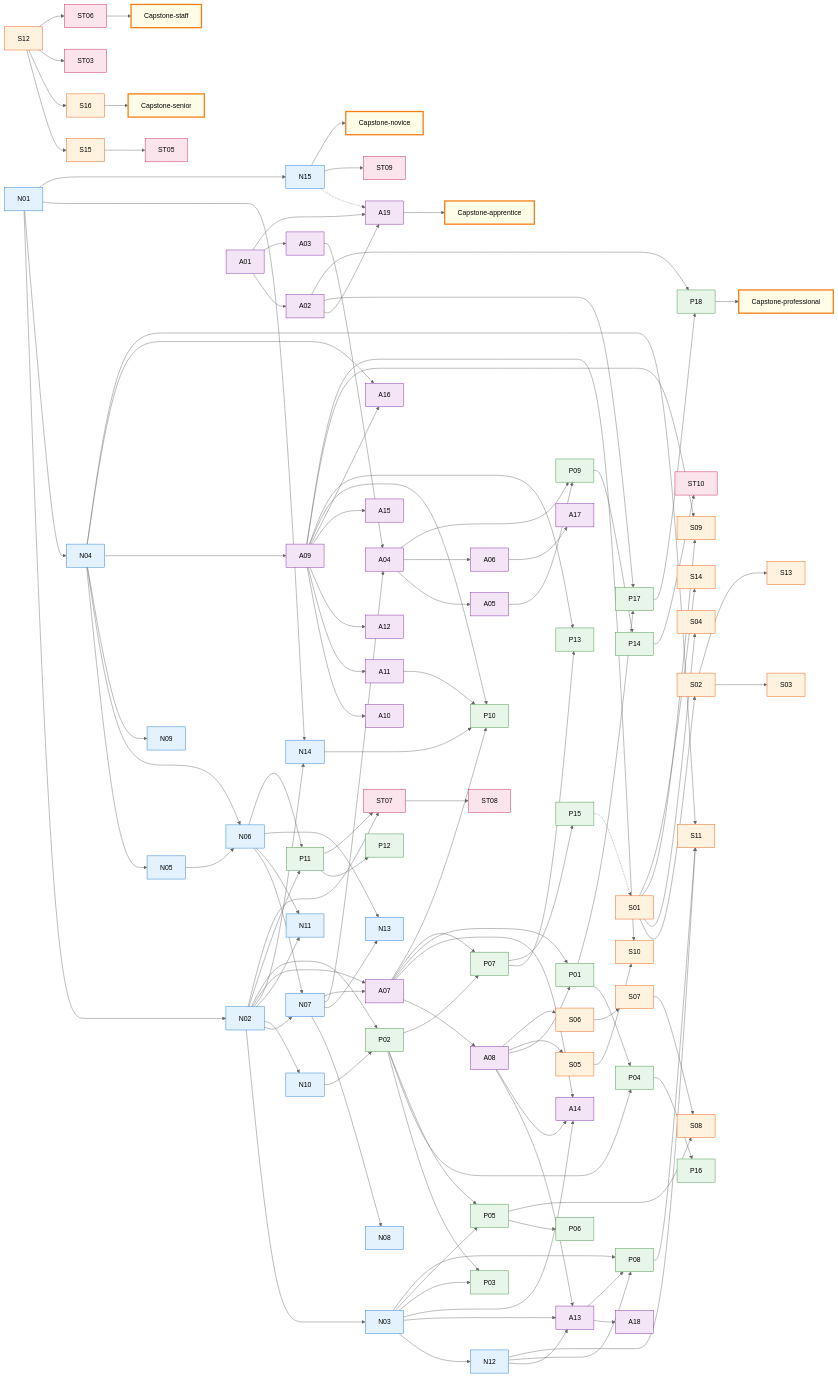
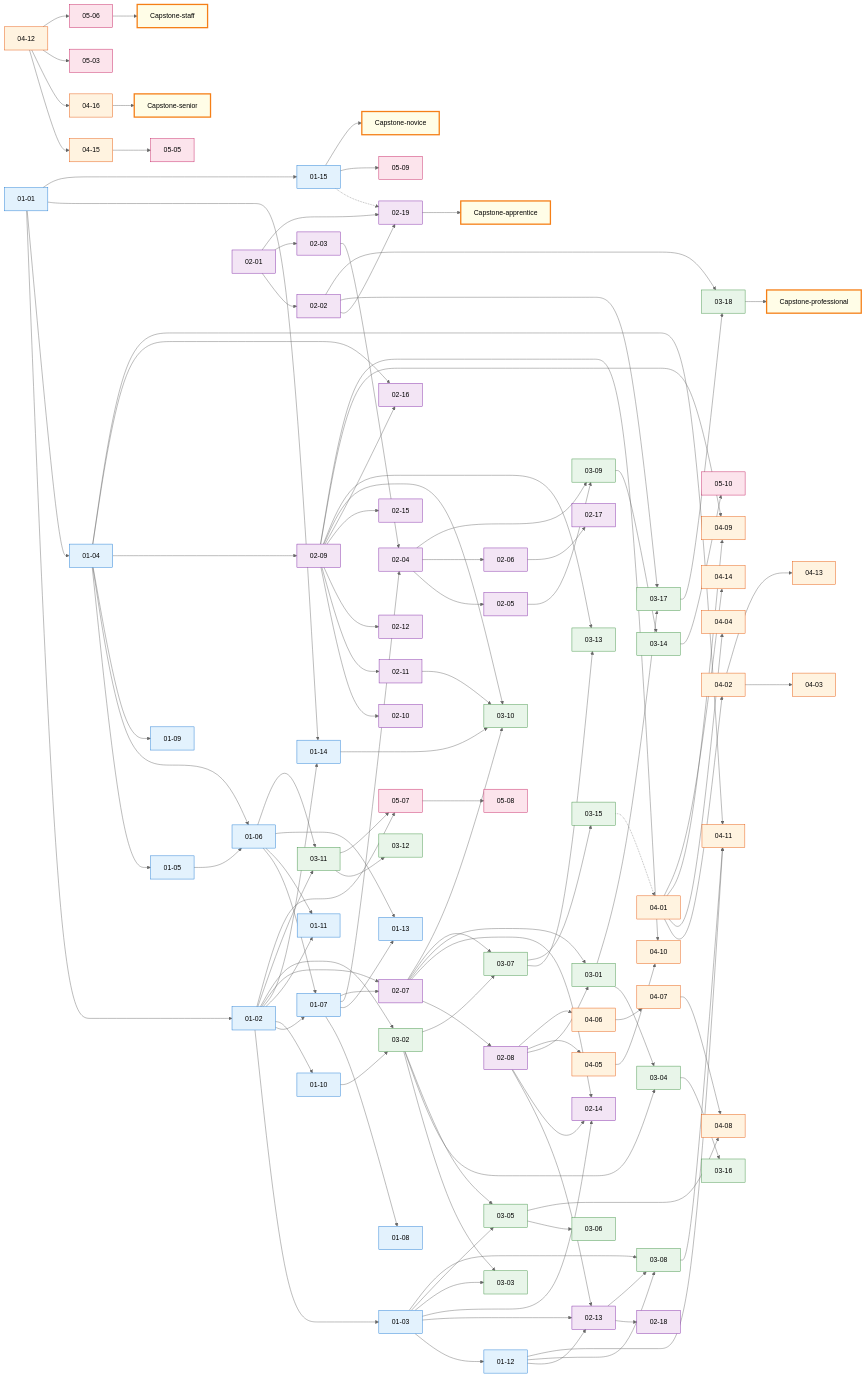
One commit to NicolasDeNigris91/Public_FATHOM changed the diagram in framework/00-meta/INDEX.md. Above: the diagram before and after it, drawn with Mermaid (neutral theme). The commit also changed other lines of this file and 210 other files, not shown here.

````diff
--- a/framework/00-meta/INDEX.md
+++ b/framework/00-meta/INDEX.md
@@ -147,128 +147,128 @@
   classDef staff fill:#fce4ec,stroke:#c2185b,color:#000
   classDef capstone fill:#fffde7,stroke:#f57f17,stroke-width:3px,color:#000
 
-  %% Novice
-  N01:::novice --> N02:::novice
-  N02 --> N03:::novice
-  N01 --> N04:::novice
-  N04 --> N05:::novice
-  N04 --> N06:::novice
-  N05 --> N06
-  N02 --> N07:::novice
-  N06 --> N07
-  N07 --> N08:::novice
-  N04 --> N09:::novice
-  N02 --> N10:::novice
-  N02 --> N11:::novice
-  N06 --> N11
-  N03 --> N12:::novice
-  N06 --> N13:::novice
-  N07 --> N13
-  N01 --> N14:::novice
-  N02 --> N14
-  N01 --> N15:::novice
+  %% Fundamentos
+  01-01:::novice --> 01-02:::novice
+  01-02 --> 01-03:::novice
+  01-01 --> 01-04:::novice
+  01-04 --> 01-05:::novice
+  01-04 --> 01-06:::novice
+  01-05 --> 01-06
+  01-02 --> 01-07:::novice
+  01-06 --> 01-07
+  01-07 --> 01-08:::novice
+  01-04 --> 01-09:::novice
+  01-02 --> 01-10:::novice
+  01-02 --> 01-11:::novice
+  01-06 --> 01-11
+  01-03 --> 01-12:::novice
+  01-06 --> 01-13:::novice
+  01-07 --> 01-13
+  01-01 --> 01-14:::novice
+  01-02 --> 01-14
+  01-01 --> 01-15:::novice
 
-  %% Apprentice (cross-stage from Novice)
-  N15 -.-> A19:::apprentice
-  A01:::apprentice --> A02:::apprentice
-  A01 --> A03:::apprentice
-  A03 --> A04:::apprentice
-  N07 --> A04
-  A04 --> A05:::apprentice
-  A04 --> A06:::apprentice
-  N02 --> A07:::apprentice
-  N07 --> A07
-  A07 --> A08:::apprentice
-  N04 --> A09:::apprentice
-  A09 --> A10:::apprentice
-  A09 --> A11:::apprentice
-  A09 --> A12:::apprentice
-  A08 --> A13:::apprentice
-  N03 --> A13
-  N12 --> A13
-  A07 --> A14:::apprentice
-  A08 --> A14
-  N03 --> A14
-  A09 --> A15:::apprentice
-  N04 --> A16:::apprentice
-  A09 --> A16
-  A06 --> A17:::apprentice
-  A13 --> A18:::apprentice
-  A01 --> A19
-  A02 --> A19
+  %% Plataforma (cross-stage from Fundamentos)
+  01-15 -.-> 02-19:::apprentice
+  02-01:::apprentice --> 02-02:::apprentice
+  02-01 --> 02-03:::apprentice
+  02-03 --> 02-04:::apprentice
+  01-07 --> 02-04
+  02-04 --> 02-05:::apprentice
+  02-04 --> 02-06:::apprentice
+  01-02 --> 02-07:::apprentice
+  01-07 --> 02-07
+  02-07 --> 02-08:::apprentice
+  01-04 --> 02-09:::apprentice
+  02-09 --> 02-10:::apprentice
+  02-09 --> 02-11:::apprentice
+  02-09 --> 02-12:::apprentice
+  02-08 --> 02-13:::apprentice
+  01-03 --> 02-13
+  01-12 --> 02-13
+  02-07 --> 02-14:::apprentice
+  02-08 --> 02-14
+  01-03 --> 02-14
+  02-09 --> 02-15:::apprentice
+  01-04 --> 02-16:::apprentice
+  02-09 --> 02-16
+  02-06 --> 02-17:::apprentice
+  02-13 --> 02-18:::apprentice
+  02-01 --> 02-19
+  02-02 --> 02-19
 
-  %% Professional (cross-stage edges)
-  A07 --> P01:::professional
-  A08 --> P01
-  N02 --> P02:::professional
-  N10 --> P02
-  P02 --> P03:::professional
-  N03 --> P03
-  P01 --> P04:::professional
-  P02 --> P04
-  N03 --> P05:::professional
-  P02 --> P05
-  P05 --> P06:::professional
-  P02 --> P07:::professional
-  A07 --> P07
-  A13 --> P08:::professional
-  N03 --> P08
-  N12 --> P08
-  A04 --> P09:::professional
-  A05 --> P09
-  A07 --> P10:::professional
-  A09 --> P10
-  A11 --> P10
-  N14 --> P10
-  N02 --> P11:::professional
-  N06 --> P11
-  P11 --> P12:::professional
-  A09 --> P13:::professional
-  P07 --> P13
-  P09 --> P14:::professional
-  P07 --> P15:::professional
-  P04 --> P16:::professional
-  A02 --> P17:::professional
-  P01 --> P17
-  A02 --> P18:::professional
-  P17 --> P18
+  %% Produção (cross-stage edges)
+  02-07 --> 03-01:::professional
+  02-08 --> 03-01
+  01-02 --> 03-02:::professional
+  01-10 --> 03-02
+  03-02 --> 03-03:::professional
+  01-03 --> 03-03
+  03-01 --> 03-04:::professional
+  03-02 --> 03-04
+  01-03 --> 03-05:::professional
+  03-02 --> 03-05
+  03-05 --> 03-06:::professional
+  03-02 --> 03-07:::professional
+  02-07 --> 03-07
+  02-13 --> 03-08:::professional
+  01-03 --> 03-08
+  01-12 --> 03-08
+  02-04 --> 03-09:::professional
+  02-05 --> 03-09
+  02-07 --> 03-10:::professional
+  02-09 --> 03-10
+  02-11 --> 03-10
+  01-14 --> 03-10
+  01-02 --> 03-11:::professional
+  01-06 --> 03-11
+  03-11 --> 03-12:::professional
+  02-09 --> 03-13:::professional
+  03-07 --> 03-13
+  03-09 --> 03-14:::professional
+  03-07 --> 03-15:::professional
+  03-04 --> 03-16:::professional
+  02-02 --> 03-17:::professional
+  03-01 --> 03-17
+  02-02 --> 03-18:::professional
+  03-17 --> 03-18
 
-  %% Senior (cross-stage)
-  P15 -.-> S01:::senior
-  S01 --> S02:::senior
-  S02 --> S03:::senior
-  S01 --> S04:::senior
-  A08 --> S05:::senior
-  A08 --> S06:::senior
-  S06 --> S07:::senior
-  S07 --> S08:::senior
-  P05 --> S08
-  S01 --> S09:::senior
-  A09 --> S09
-  S05 --> S10:::senior
-  A09 --> S10
-  N04 --> S11:::senior
-  P08 --> S11
-  N12 --> S11
-  S02 --> S13:::senior
-  S01 --> S14:::senior
-  S12:::senior --> S15:::senior
-  S12 --> S16:::senior
+  %% Sistemas (cross-stage)
+  03-15 -.-> 04-01:::senior
+  04-01 --> 04-02:::senior
+  04-02 --> 04-03:::senior
+  04-01 --> 04-04:::senior
+  02-08 --> 04-05:::senior
+  02-08 --> 04-06:::senior
+  04-06 --> 04-07:::senior
+  04-07 --> 04-08:::senior
+  03-05 --> 04-08
+  04-01 --> 04-09:::senior
+  02-09 --> 04-09
+  04-05 --> 04-10:::senior
+  02-09 --> 04-10
+  01-04 --> 04-11:::senior
+  03-08 --> 04-11
+  01-12 --> 04-11
+  04-02 --> 04-13:::senior
+  04-01 --> 04-14:::senior
+  04-12:::senior --> 04-15:::senior
+  04-12 --> 04-16:::senior
 
-  %% Staff (cross-stage, all from Senior)
-  S15 --> ST05:::staff
-  S12 --> ST03:::staff
-  S12 --> ST06:::staff
-  N02 --> ST07:::staff
-  P11 --> ST07
-  ST07 --> ST08:::staff
-  N15 --> ST09:::staff
-  P14 --> ST10:::staff
+  %% Amplitude (cross-stage, all from Senior)
+  04-15 --> 05-05:::staff
+  04-12 --> 05-03:::staff
+  04-12 --> 05-06:::staff
+  01-02 --> 05-07:::staff
+  03-11 --> 05-07
+  05-07 --> 05-08:::staff
+  01-15 --> 05-09:::staff
+  03-14 --> 05-10:::staff
 
   %% Capstones gating
-  N15 --> CAP_n[Capstone-novice]:::capstone
-  A19 --> CAP_a[Capstone-apprentice]:::capstone
-  P18 --> CAP_p[Capstone-professional]:::capstone
-  S16 --> CAP_s[Capstone-senior]:::capstone
-  ST06 --> CAP_st[Capstone-staff]:::capstone
+  01-15 --> CAP_n[Capstone-novice]:::capstone
+  02-19 --> CAP_a[Capstone-apprentice]:::capstone
+  03-18 --> CAP_p[Capstone-professional]:::capstone
+  04-16 --> CAP_s[Capstone-senior]:::capstone
+  05-06 --> CAP_st[Capstone-staff]:::capstone
 ```
````
